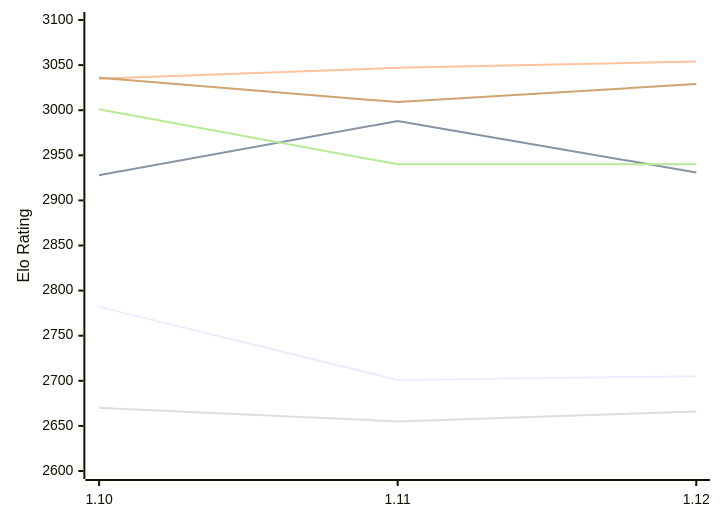
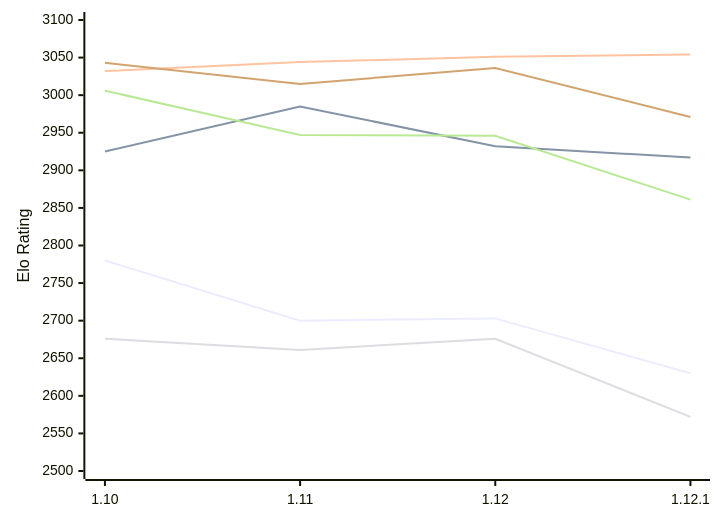
The first of 2 diagrams in engines/Roc.md (computer-chess-index/cci), drawn with Mermaid before and after one commit. The commit also changed other lines of this file, not shown here.

Commit message:
Update CCI Ratings (ELO VLTC) - 2026-11-23

````diff
--- a/engines/Roc.md
+++ b/engines/Roc.md
@@ -52,12 +54,12 @@
 ```mermaid
 %%{init: {"theme":"base","themeVariables":{"seriesColors:['#a3a3a3','#222221','#faa371']}}}%%
 xychart-beta
-  x-axis ["1.10", "1.11", "1.12"]
-  y-axis "Elo Rating" 2600 --> 3100
-  line "E1: STC (8.0+0.08s)" [2782, 2701, 2705]
-  line "E1: LTC (60.0+0.60s)" [2928, 2988, 2931]
-  line "E1: VLTC (2m24s+1.12s)" [3035, 3047, 3054]
-  line "P1: STC (8.0+0.08s)" [2670, 2655, 2666]
-  line "P1: LTC (60.0+0.60s)" [3001, 2940, 2940]
-  line "P1: VLTC (2m24s+1.12s)" [3036, 3009, 3029]
+  x-axis ["1.10", "1.11", "1.12", "1.12.1"]
+  y-axis "Elo Rating" 2500 --> 3100
+  line "E1: STC (8.0+0.08s)" [2780, 2700, 2703, 2630]
+  line "E1: LTC (60.0+0.60s)" [2925, 2985, 2932, 2917]
+  line "E1: VLTC (2m24s+1.12s)" [3032, 3044, 3051, 3054]
+  line "P1: STC (8.0+0.08s)" [2676, 2661, 2676, 2572]
+  line "P1: LTC (60.0+0.60s)" [3006, 2947, 2946, 2861]
+  line "P1: VLTC (2m24s+1.12s)" [3043, 3015, 3036, 2971]
 ```
````
